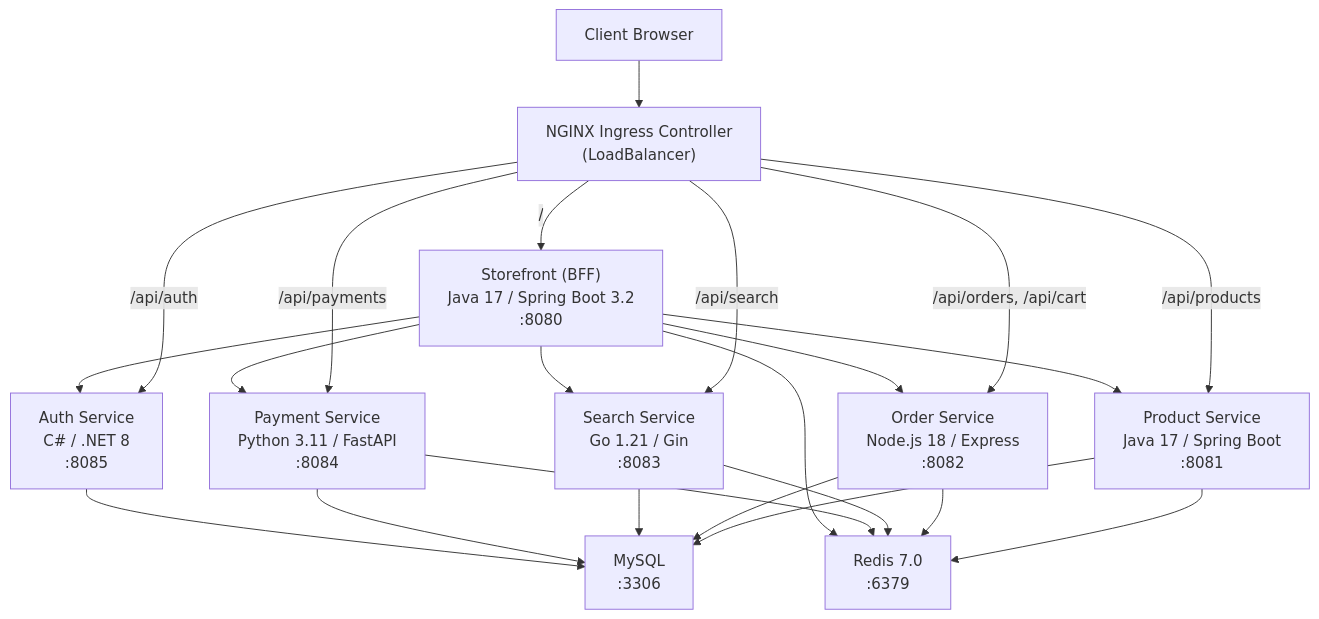
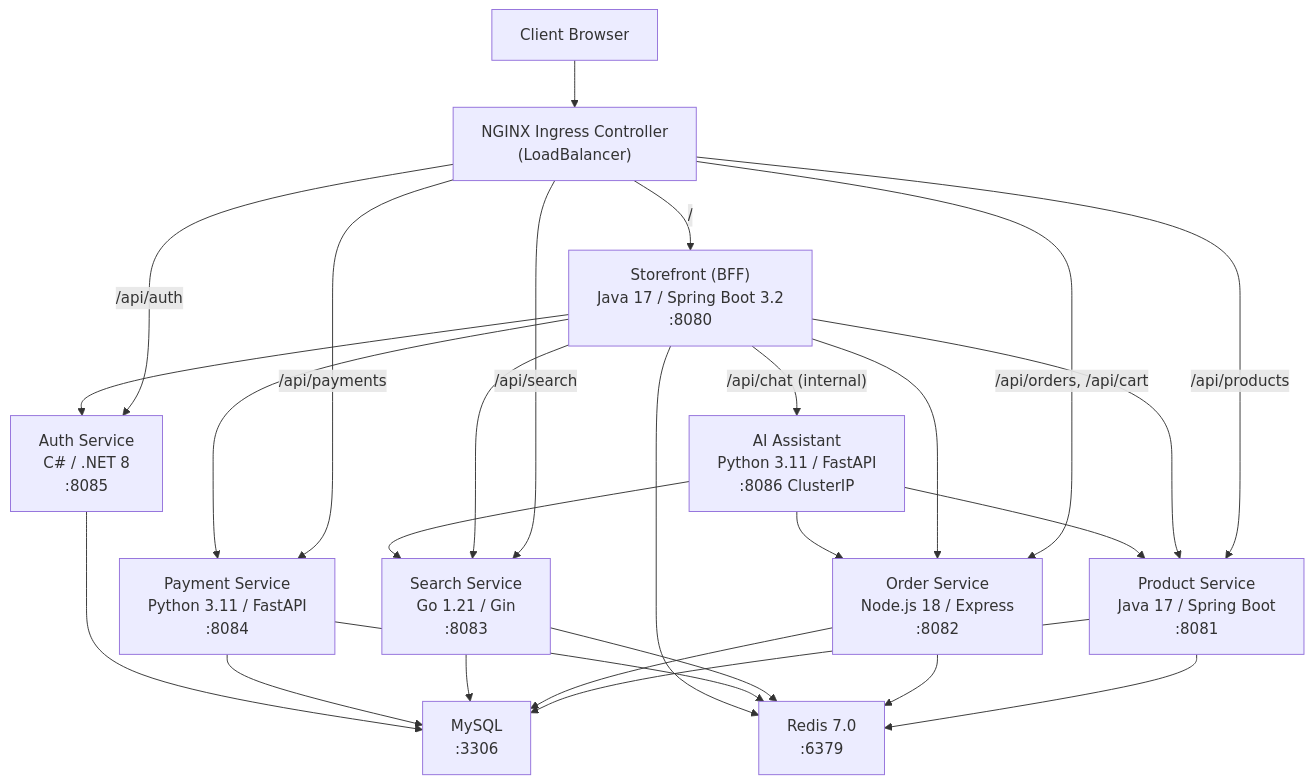
Before and after one commit to site24x7/demo-apps: the second of 2 diagrams in Terraform Deployment/README.md, drawn with Mermaid. The commit also changed other lines of this file and 46 other files, not shown here.

````diff
--- a/Terraform Deployment/README.md
+++ b/Terraform Deployment/README.md
@@ -39,15 +40,17 @@
 ```mermaid
 graph TD
     Client["Client Browser"] --> Ingress["NGINX Ingress Controller<br/>(LoadBalancer)"]
     Ingress -->|"/"| SF["Storefront (BFF)<br/>Java 17 / Spring Boot 3.2<br/>:8080"]
     Ingress -->|"/api/products"| PS["Product Service<br/>Java 17 / Spring Boot<br/>:8081"]
     Ingress -->|"/api/orders, /api/cart"| OS["Order Service<br/>Node.js 18 / Express<br/>:8082"]
     Ingress -->|"/api/search"| SS["Search Service<br/>Go 1.21 / Gin<br/>:8083"]
     Ingress -->|"/api/payments"| Pay["Payment Service<br/>Python 3.11 / FastAPI<br/>:8084"]
     Ingress -->|"/api/auth"| Auth["Auth Service<br/>C# / .NET 8<br/>:8085"]
 
+    SF -->|"/api/chat (internal)"| AI["AI Assistant<br/>Python 3.11 / FastAPI<br/>:8086 ClusterIP"]
     SF --> PS & OS & SS & Pay & Auth
+    AI --> PS & OS & SS
 
     PS & OS & SS & Pay & Auth --> MySQL["MySQL<br/>:3306"]
     PS & OS & SS & Pay & SF --> Redis["Redis 7.0<br/>:6379"]
 ```
````
